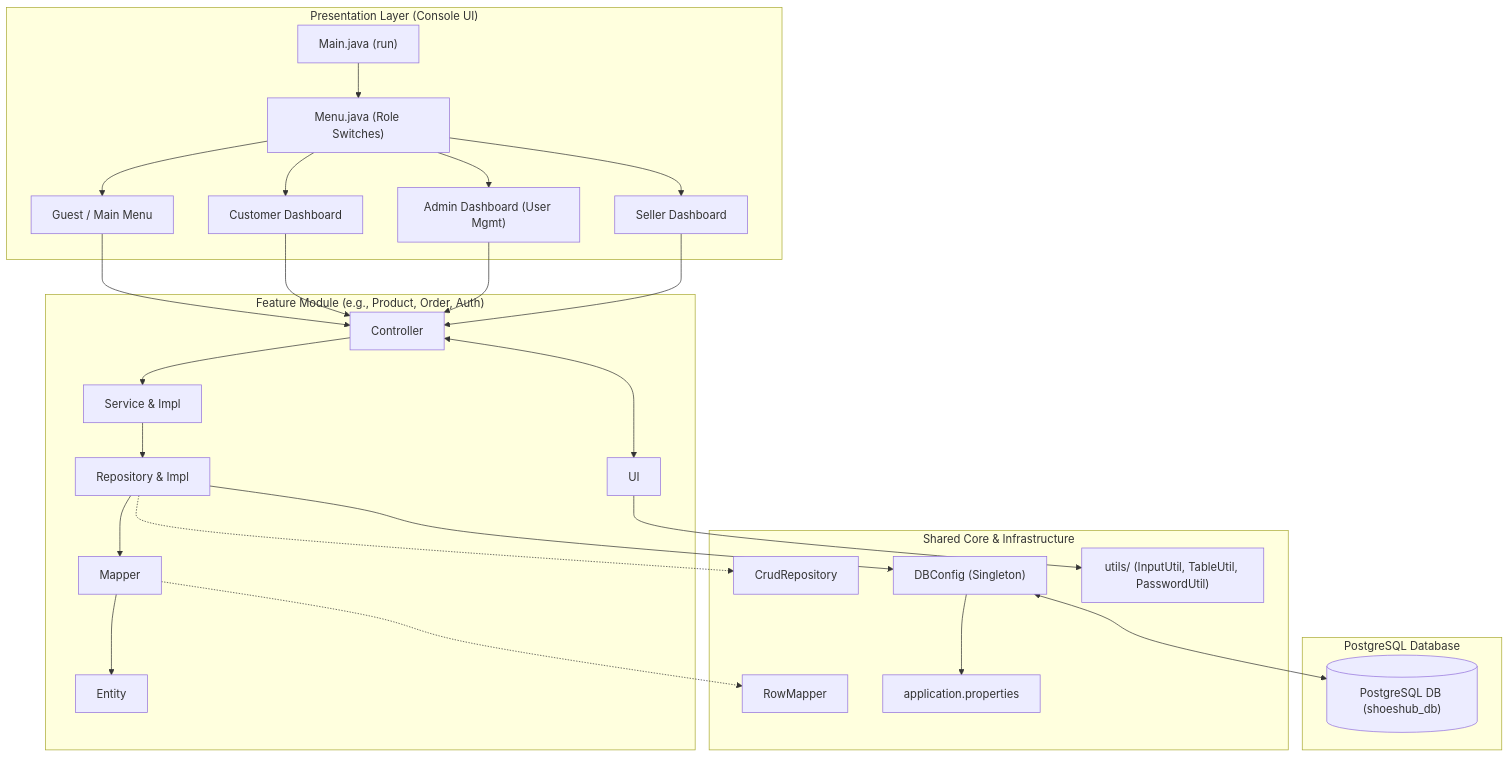
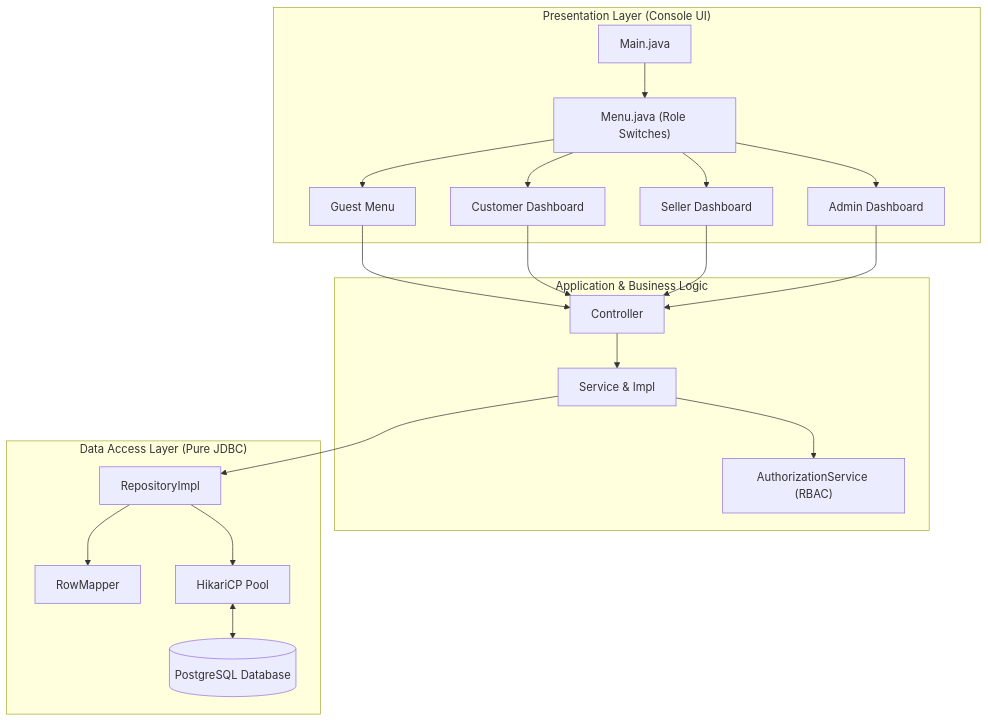
Before and after one commit to rotanaeav/shoeshub_console: the diagram in README.md, drawn with Mermaid. The commit also changed other lines of this file and 1 other file, not shown here.

````diff
--- a/README.md
+++ b/README.md
@@ -245,49 +114,35 @@
 ```mermaid
 flowchart TD
-    subgraph UI_Layer ["Presentation Layer (Console UI)"]
-        Main["Main.java (run)"] --> Menu["Menu.java (Role Switches)"]
-        Menu --> GuestMenu["Guest / Main Menu"]
+    subgraph Presentation_Layer ["Presentation Layer (Console UI)"]
+        Main["Main.java"] --> Menu["Menu.java (Role Switches)"]
+        Menu --> GuestMenu["Guest Menu"]
         Menu --> CustomerMenu["Customer Dashboard"]
-        Menu --> AdminMenu["Admin Dashboard (User Mgmt)"]
         Menu --> SellerMenu["Seller Dashboard"]
+        Menu --> AdminMenu["Admin Dashboard"]
     end
 
-    subgraph MVC_Feature ["Feature Module (e.g., Product, Order, Auth)"]
+    subgraph Business_Layer ["Application & Business Logic"]
         Controller["<Feature>Controller"]
-        UI["<Feature>UI"]
         Service["<Feature>Service & Impl"]
-        Repo["<Feature>Repository & Impl"]
-        Mapper["<Feature>Mapper"]
-        Entity["<Feature> Entity"]
-
-        Controller <--> UI
+        Auth["AuthorizationService (RBAC)"]
         Controller --> Service
-        Service --> Repo
-        Repo --> Mapper
-        Mapper --> Entity
+        Service --> Auth
     end
 
-    subgraph Shared_Core ["Shared Core & Infrastructure"]
-        CrudRepo["CrudRepository<T, ID>"]
-        RowMapperI["RowMapper<T>"]
-        DBConfig["DBConfig (Singleton)"]
-        Utils["utils/ (InputUtil, TableUtil, PasswordUtil)"]
-        AppProps["application.properties"]
-    end
+    subgraph Data_Layer ["Data Access Layer (Pure JDBC)"]
+        Repo["<Feature>RepositoryImpl"]
+        Mapper["<Feature>RowMapper"]
+        Pool["HikariCP Pool"]
+        DB[("PostgreSQL Database")]
 
-    subgraph Database ["PostgreSQL Database"]
-        PG[("PostgreSQL DB (shoeshub_db)")]
+        Service --> Repo
+        Repo --> Pool
+        Pool <--> DB
+        Repo --> Mapper
     end
 
     GuestMenu --> Controller
     CustomerMenu --> Controller
+    SellerMenu --> Controller
     AdminMenu --> Controller
-    SellerMenu --> Controller
-
-    Repo -.-> CrudRepo
-    Mapper -.-> RowMapperI
-    Repo --> DBConfig
-    DBConfig --> AppProps
-    DBConfig <--> PG
-    UI --> Utils
 ```
````
